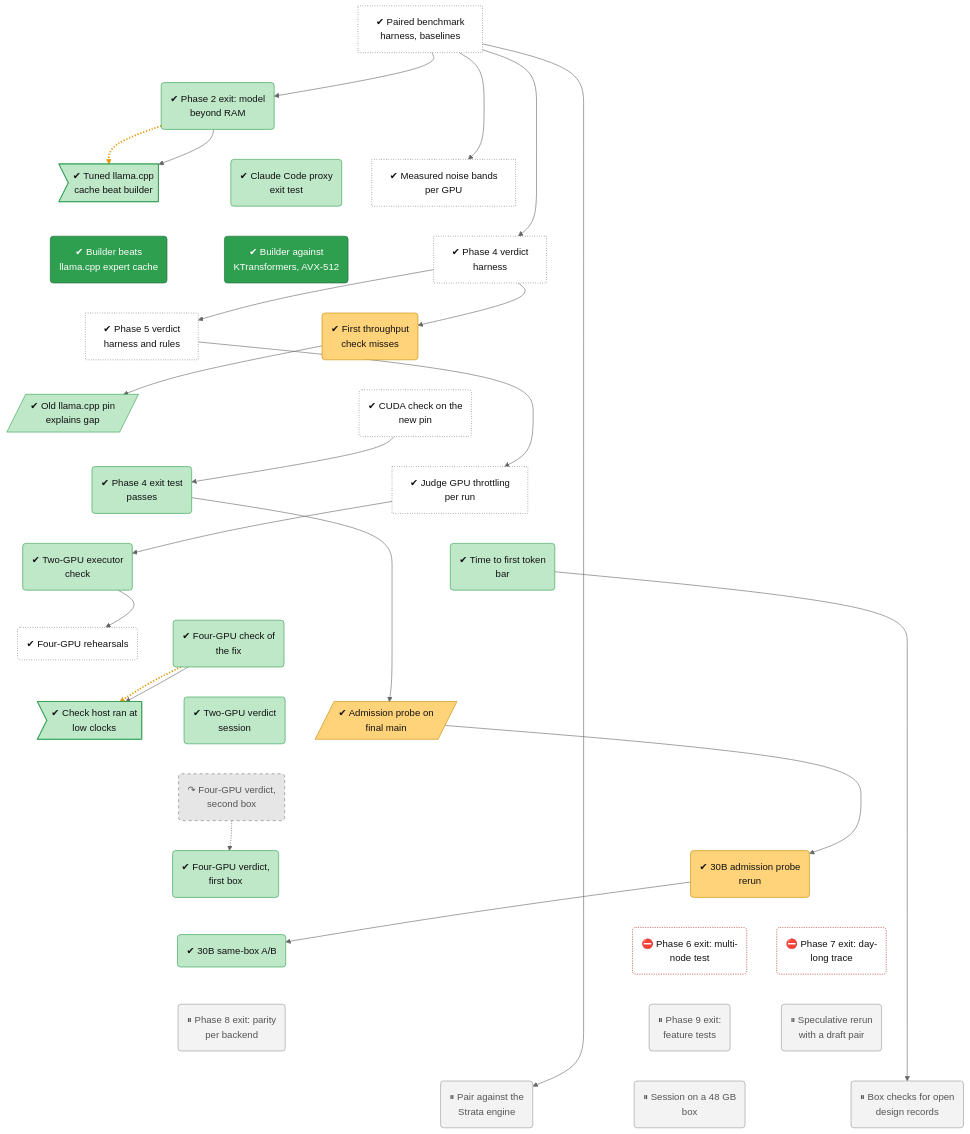
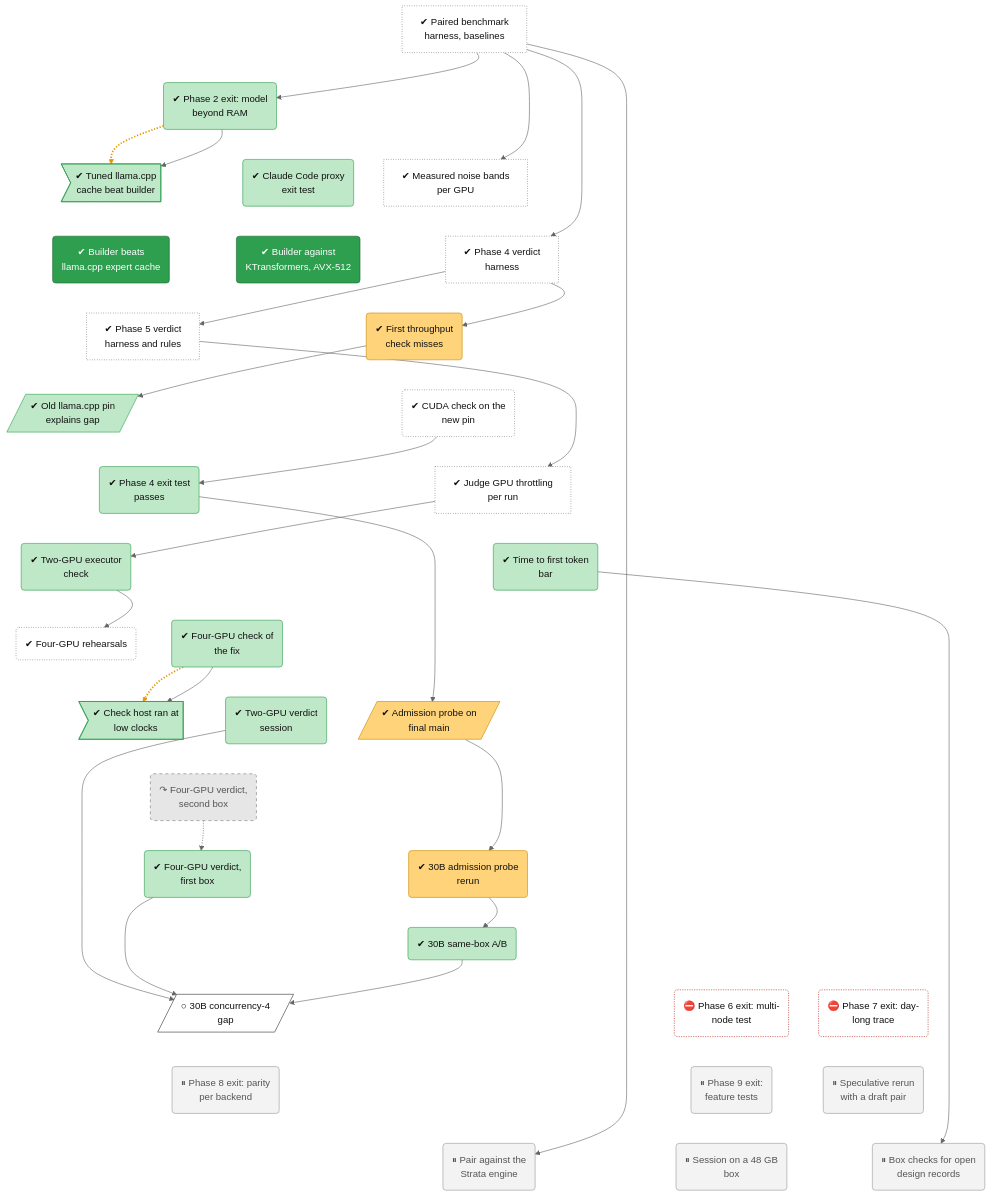
The diagram in docs/roadmap/tracks/bench.md (lhns/tetraeder), drawn with Mermaid (neutral theme) before and after one commit. The commit also changed other lines of this file and 14 other files, not shown here.

Commit message:
M2 reached (owner, on the advisor's recommendation): ADRs 0068, 0069, 0081, 0082 accepted; rule changes and delegated calls ratified; A/B stands in for the 30B D2a half; ADR 0065 rerun-fix history; tree: M2 done, transport next, 30B c4 gap and cost model 5 second host added

````diff
--- a/docs/roadmap/tracks/bench.md
+++ b/docs/roadmap/tracks/bench.md
@@ -34,6 +34,7 @@
     bench_v4a_verdict("✔ Four-GPU verdict,<br/>first box")
     bench_d2a_30b("✔ 30B admission probe<br/>rerun")
     bench_ab30b("✔ 30B same-box A/B")
+    bench_30b_c4_gap[/"○ 30B concurrency-4<br/>gap"/]
     bench_phase6_exit("⛔ Phase 6 exit: multi-<br/>node test")
     bench_phase7_exit("⛔ Phase 7 exit: day-<br/>long trace")
     bench_phase8_exit("⏸ Phase 8 exit: parity<br/>per backend")
@@ -69,9 +70,11 @@
     bench_v4b_verdict ~~~ bench_v4a_verdict
     bench_v4b_verdict ~~~ bench_d2a_30b
     bench_v4a_verdict ~~~ bench_ab30b
-    bench_d2a_30b ~~~ bench_phase6_exit
-    bench_d2a_30b ~~~ bench_phase7_exit
-    bench_ab30b ~~~ bench_phase8_exit
+    bench_d2a_30b ~~~ bench_ab30b
+    bench_ab30b ~~~ bench_30b_c4_gap
+    bench_ab30b ~~~ bench_phase6_exit
+    bench_ab30b ~~~ bench_phase7_exit
+    bench_30b_c4_gap ~~~ bench_phase8_exit
     bench_phase6_exit ~~~ bench_phase9_exit
     bench_phase7_exit ~~~ bench_spec_rerun
     bench_phase8_exit ~~~ bench_strata_pairing
@@ -95,9 +98,12 @@
     bench_v4b_verdict -.-> bench_v4a_verdict
     bench_d2a_probe --> bench_d2a_30b
     bench_d2a_30b --> bench_ab30b
+    bench_v2_verdict --> bench_30b_c4_gap
+    bench_v4a_verdict --> bench_30b_c4_gap
+    bench_ab30b --> bench_30b_c4_gap
     bench_harness --> bench_strata_pairing
     bench_ttft --> bench_open_records
-    linkStyle 36,47 stroke:#e69500,stroke-width:3px,stroke-dasharray:2 3
+    linkStyle 38,49 stroke:#e69500,stroke-width:3px,stroke-dasharray:2 3
     classDef vsucc fill:#2e9e4f,stroke:#1b6b34,color:#fff
     classDef succ fill:#bfe8c8,stroke:#2e9e4f,color:#111
     classDef mixed fill:#ffd37a,stroke:#c98a00,color:#111
@@ -117,6 +123,7 @@
     class bench_m1_point1,bench_m1_point3 vsucc
     class bench_d2a_rerun,bench_d2a_probe,bench_d2a_30b mixed
     class bench_v4b_verdict dead
+    class bench_30b_c4_gap next
     class bench_phase6_exit,bench_phase7_exit blocked
     class bench_phase8_exit,bench_phase9_exit,bench_spec_rerun,bench_strata_pairing,bench_d1_session,bench_open_records parked
 ```
````
